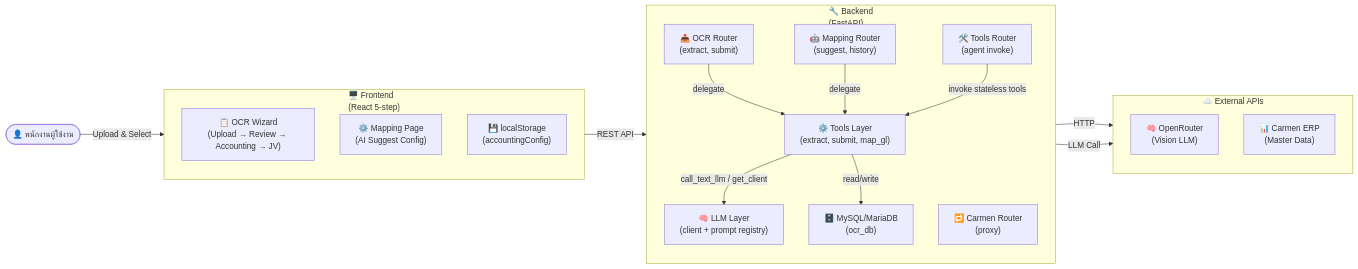
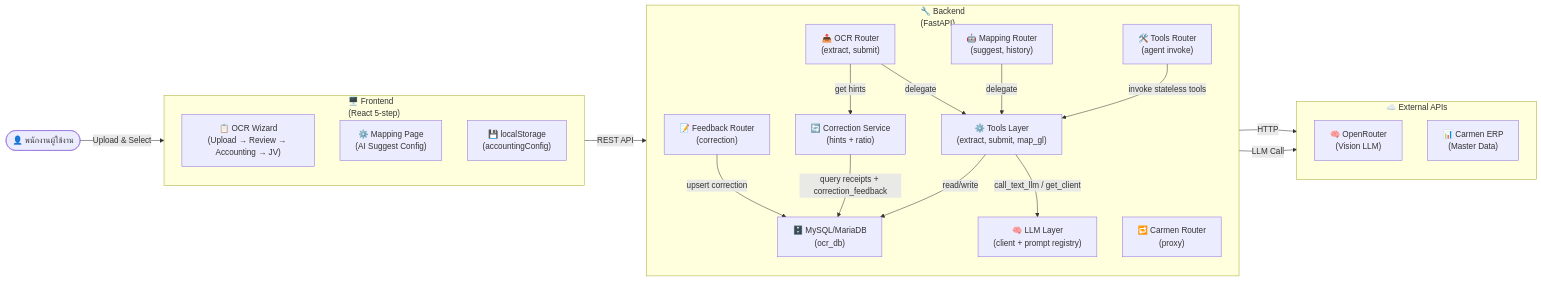
One commit to SupportCarmen/OCR changed the first of 8 diagrams in docs/Software_Requirements_Specification.md. Above: the diagram before and after it, drawn with Mermaid. The commit also changed other lines of this file and 17 other files, not shown here.

````diff
--- a/docs/Software_Requirements_Specification.md
+++ b/docs/Software_Requirements_Specification.md
@@ -48,38 +50,43 @@
 ```mermaid
 flowchart LR
     User(["👤 พนักงานผู้ใช้งาน"])
     
     subgraph Frontend["🖥️ Frontend<br/>(React 5-step)"]
         direction TB
         UI["📋 OCR Wizard<br/>(Upload → Review → Accounting → JV)"]
         Mapping["⚙️ Mapping Page<br/>(AI Suggest Config)"]
         LS["💾 localStorage<br/>(accountingConfig)"]
     end
     
     subgraph Backend["🔧 Backend<br/>(FastAPI)"]
         direction TB
         OCR_R["📤 OCR Router<br/>(extract, submit)"]
         Map_R["🤖 Mapping Router<br/>(suggest, history)"]
         Carmen_R["🔁 Carmen Router<br/>(proxy)"]
         Tools_R["🛠️ Tools Router<br/>(agent invoke)"]
+        FB_R["📝 Feedback Router<br/>(correction)"]
         Tools_L["⚙️ Tools Layer<br/>(extract, submit, map_gl)"]
         LLM_L["🧠 LLM Layer<br/>(client + prompt registry)"]
+        CorrSvc["🔄 Correction Service<br/>(hints + ratio)"]
         DB["🗄️ MySQL/MariaDB<br/>(ocr_db)"]
     end
     
     subgraph External["☁️ External APIs"]
         direction TB
         OpenRouter["🧠 OpenRouter<br/>(Vision LLM)"]
         Carmen["📊 Carmen ERP<br/>(Master Data)"]
     end
 
     User -->|Upload & Select| Frontend
     Frontend -->|REST API| Backend
     OCR_R -->|delegate| Tools_L
+    OCR_R -->|get hints| CorrSvc
     Map_R -->|delegate| Tools_L
     Tools_R -->|invoke stateless tools| Tools_L
     Carmen_R -->|HTTP| Carmen
+    FB_R -->|upsert correction| DB
+    CorrSvc -->|query receipts + correction_feedback| DB
     Tools_L -->|call_text_llm / get_client| LLM_L
     LLM_L -->|LLM Call| OpenRouter
     Tools_L -->|read/write| DB
 ```
````
